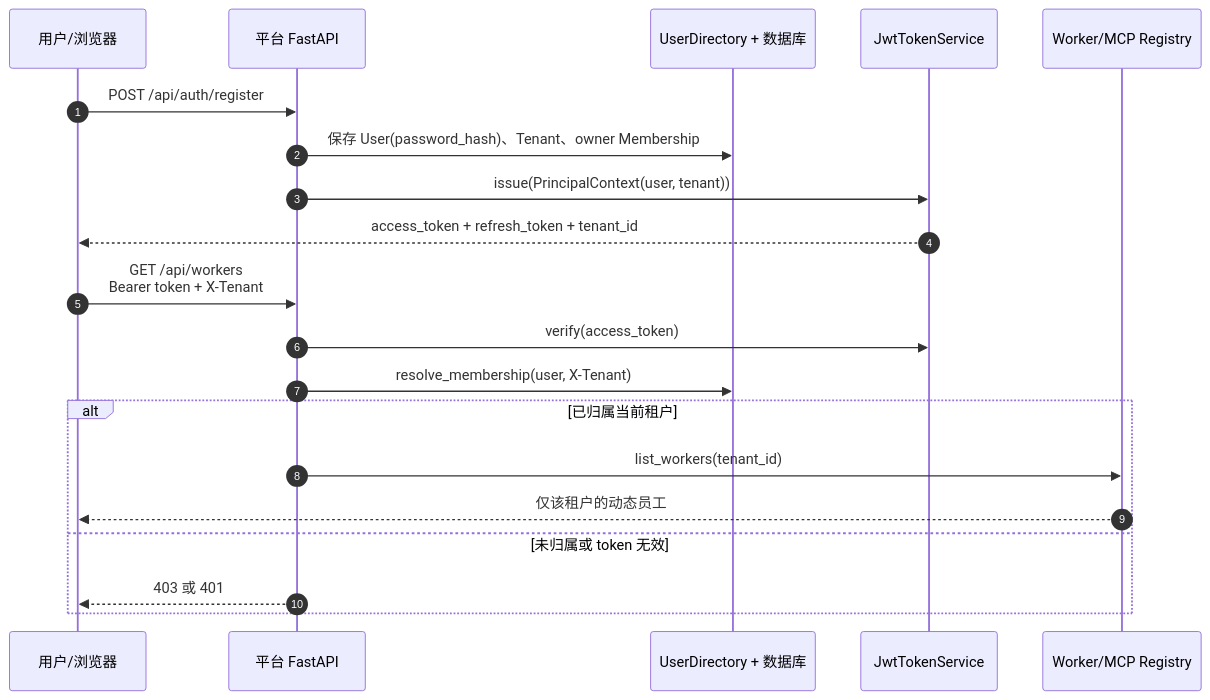
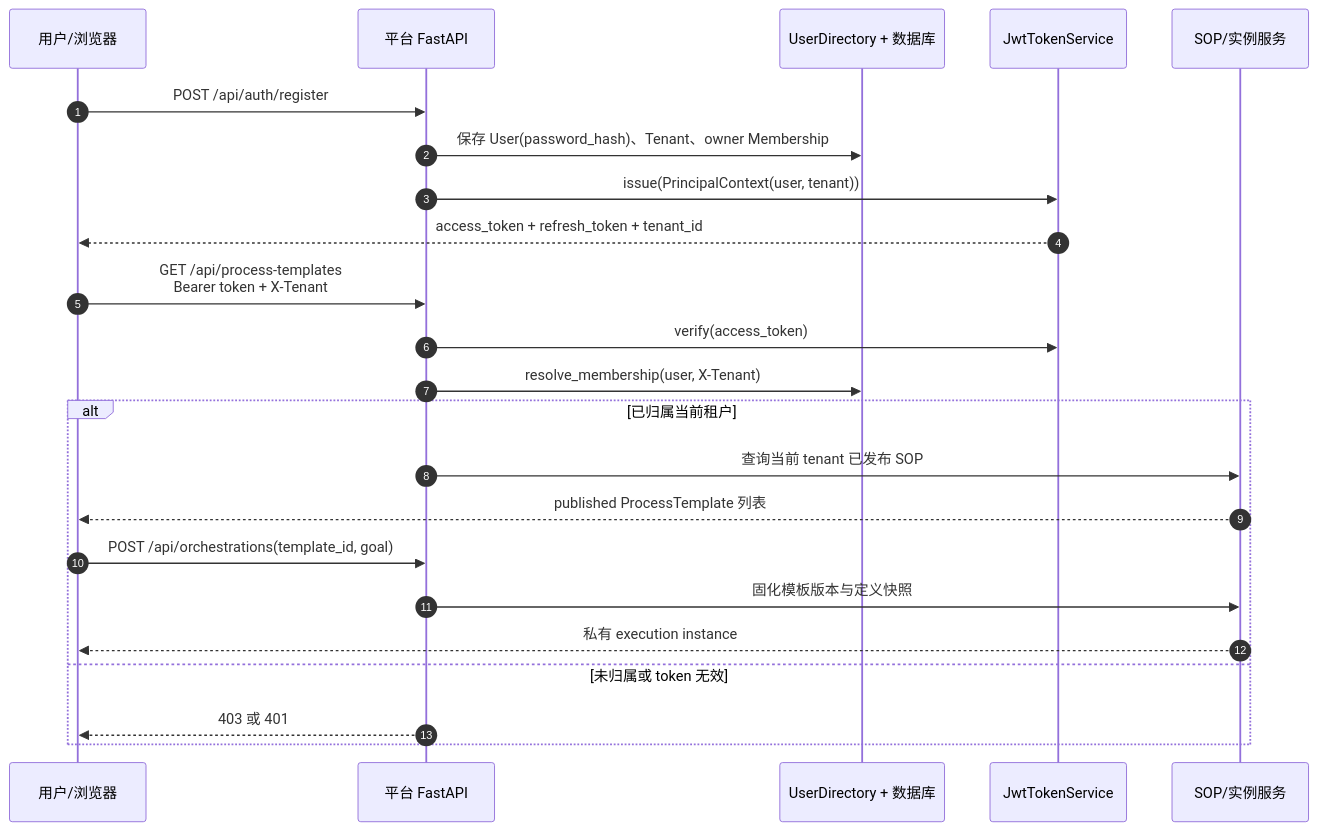
The seventh of 7 diagrams in docs/03_典型场景时序图.md (thisisfangsheng/UniversalContract), drawn with Mermaid before and after one commit. The commit also changed other lines of this file and 19 other files, not shown here.

Commit message:
feat: add tenant SOP templates and execution sharing

````diff
--- a/docs/03_典型场景时序图.md
+++ b/docs/03_典型场景时序图.md
@@ -228,23 +228,26 @@
 ```mermaid
 sequenceDiagram
     autonumber
     participant U as 用户/浏览器
     participant F as 平台 FastAPI
     participant D as UserDirectory + 数据库
     participant T as JwtTokenService
-    participant R as Worker/MCP Registry
+    participant P as SOP/实例服务
 
     U->>F: POST /api/auth/register
     F->>D: 保存 User(password_hash)、Tenant、owner Membership
     F->>T: issue(PrincipalContext(user, tenant))
     T-->>U: access_token + refresh_token + tenant_id
-    U->>F: GET /api/workers<br/>Bearer token + X-Tenant
+    U->>F: GET /api/process-templates<br/>Bearer token + X-Tenant
     F->>T: verify(access_token)
     F->>D: resolve_membership(user, X-Tenant)
     alt 已归属当前租户
-        F->>R: list_workers(tenant_id)
-        R-->>U: 仅该租户的动态员工
+        F->>P: 查询当前 tenant 已发布 SOP
+        P-->>U: published ProcessTemplate 列表
+        U->>F: POST /api/orchestrations(template_id, goal)
+        F->>P: 固化模板版本与定义快照
+        P-->>U: 私有 execution instance
     else 未归属或 token 无效
         F-->>U: 403 或 401
     end
 ```
````
